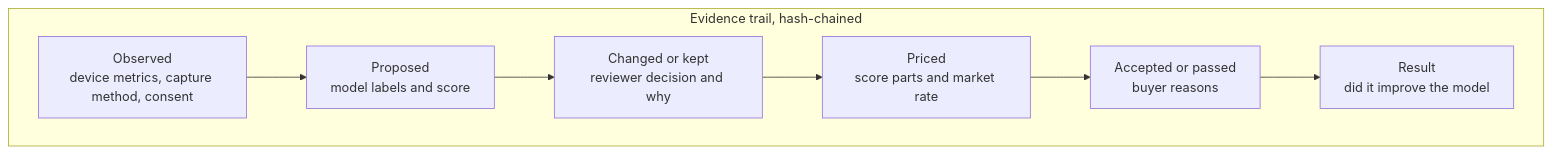
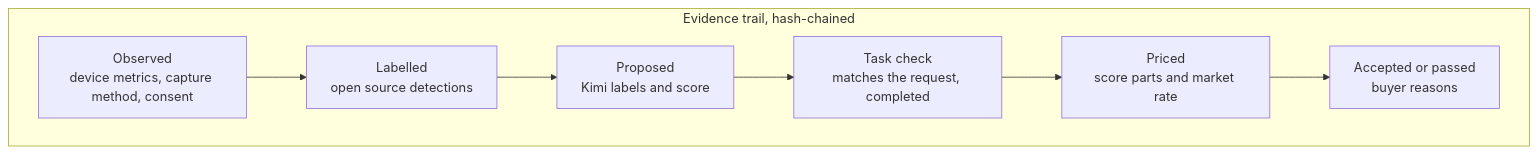
The second of 3 diagrams in README.md (KarinaKKarinaK/hk-ai-summit-hackathon), drawn with Mermaid before and after one commit. The commit also changed other lines of this file, not shown here.

Commit message:
README matches the current app: four tabs, two labelling systems, Kimi task check

````diff
--- a/README.md
+++ b/README.md
@@ -64,10 +75,10 @@
 ```mermaid
 flowchart TB
     subgraph Trail[Evidence trail, hash-chained]
-        O[Observed<br/>device metrics, capture method, consent] --> P[Proposed<br/>model labels and score]
-        P --> C[Changed or kept<br/>reviewer decision and why]
-        C --> D[Priced<br/>score parts and market rate]
+        O[Observed<br/>device metrics, capture method, consent] --> La[Labelled<br/>open source detections]
+        La --> P[Proposed<br/>Kimi labels and score]
+        P --> T[Task check<br/>matches the request, completed]
+        T --> D[Priced<br/>score parts and market rate]
         D --> A[Accepted or passed<br/>buyer reasons]
-        A --> X[Result<br/>did it improve the model]
     end
 ```
````
